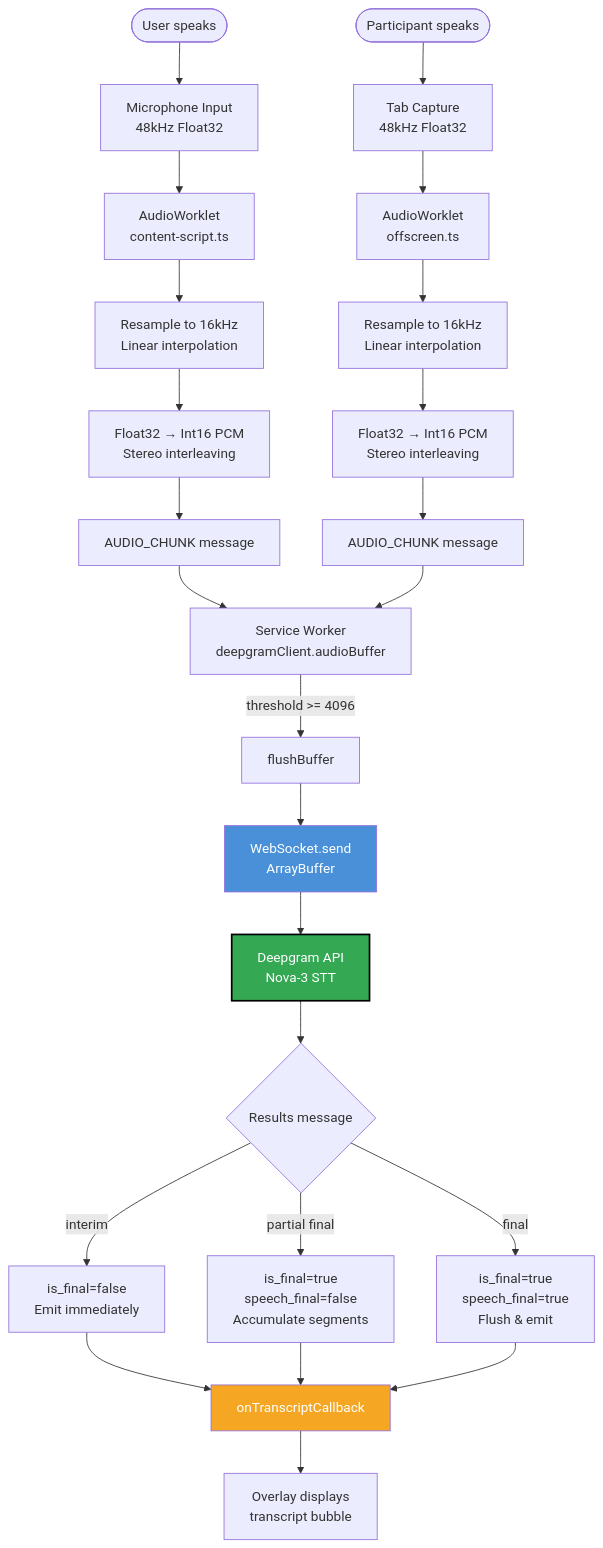
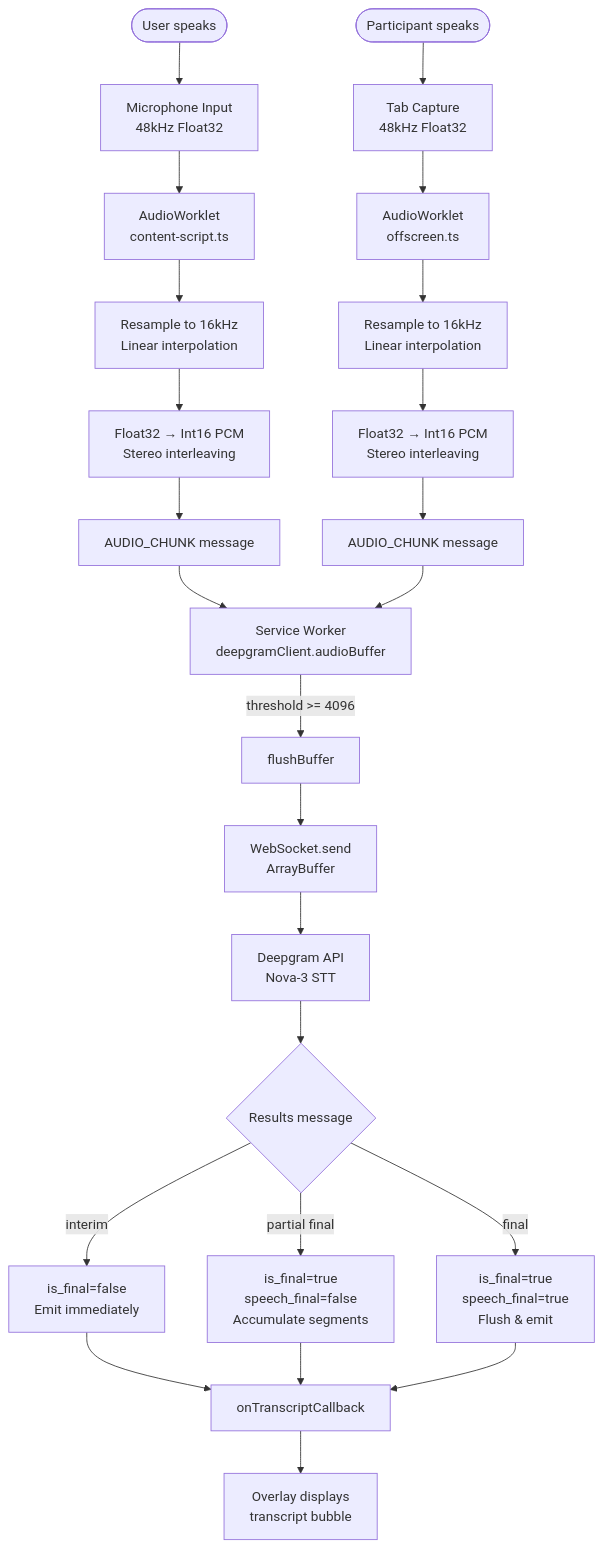
The third of 4 diagrams in docs/diagrams/ARCHITECTURE.md (AntoineDubuc/wingman-ai), drawn with Mermaid before and after one commit. The commit also changed other lines of this file and 1 other file, not shown here.

First line of the commit message:
fix: Remove custom colors from Mermaid diagrams for dark mode compatibility

````diff
--- a/docs/diagrams/ARCHITECTURE.md
+++ b/docs/diagrams/ARCHITECTURE.md
@@ -122,40 +111,37 @@
 ```mermaid
 flowchart TD
     Start([User speaks]) --> Mic[Microphone Input<br/>48kHz Float32]
     Participant([Participant speaks]) --> Tab[Tab Capture<br/>48kHz Float32]
 
     Mic --> Worklet1[AudioWorklet<br/>content-script.ts]
     Tab --> Worklet2[AudioWorklet<br/>offscreen.ts]
 
     Worklet1 --> Resample1[Resample to 16kHz<br/>Linear interpolation]
     Worklet2 --> Resample2[Resample to 16kHz<br/>Linear interpolation]
 
     Resample1 --> Convert1[Float32 → Int16 PCM<br/>Stereo interleaving]
     Resample2 --> Convert2[Float32 → Int16 PCM<br/>Stereo interleaving]
 
     Convert1 --> Chunk1[AUDIO_CHUNK message]
     Convert2 --> Chunk2[AUDIO_CHUNK message]
 
     Chunk1 --> Buffer[Service Worker<br/>deepgramClient.audioBuffer]
     Chunk2 --> Buffer
 
     Buffer --> |threshold >= 4096| Flush[flushBuffer]
     Flush --> WS[WebSocket.send<br/>ArrayBuffer]
 
     WS --> Deepgram[Deepgram API<br/>Nova-3 STT]
 
     Deepgram --> Results{Results message}
     Results -->|interim| Interim[is_final=false<br/>Emit immediately]
     Results -->|partial final| Accumulate[is_final=true<br/>speech_final=false<br/>Accumulate segments]
     Results -->|final| Final[is_final=true<br/>speech_final=true<br/>Flush & emit]
 
     Interim --> Callback[onTranscriptCallback]
     Accumulate --> Callback
     Final --> Callback
 
     Callback --> Display[Overlay displays<br/>transcript bubble]
 
-    style Deepgram fill:#34A853,color:#fff,stroke:#000,stroke-width:2px
-    style WS fill:#4A90D9,color:#fff
-    style Callback fill:#F5A623,color:#fff
 ```
````
